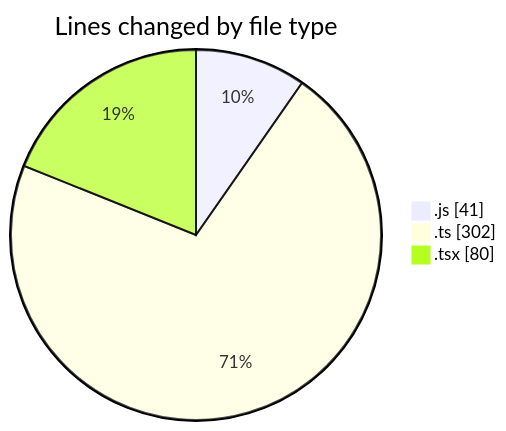
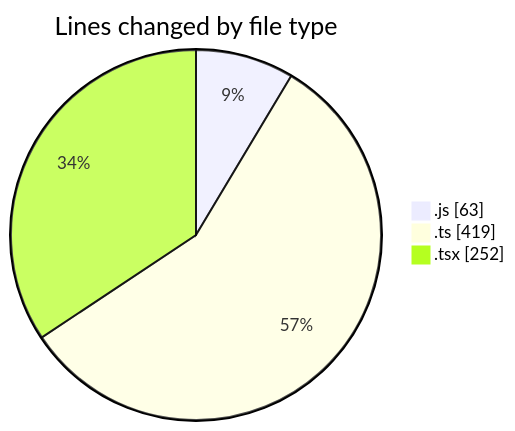
One commit to momahboobian/code-tracking changed the first of 2 diagrams in 2026-08-04/cda/README.md. Above: the diagram before and after it, drawn with Mermaid. The commit also changed other lines of this file and 1 other file, not shown here.

````diff
--- a/2026-08-04/cda/README.md
+++ b/2026-08-04/cda/README.md
@@ -26,7 +27,7 @@
 ```mermaid
 pie showData
 title Lines changed by file type
-".js" : 41
-".ts" : 302
-".tsx" : 80
+".js" : 63
+".ts" : 419
+".tsx" : 252
 ```
````
